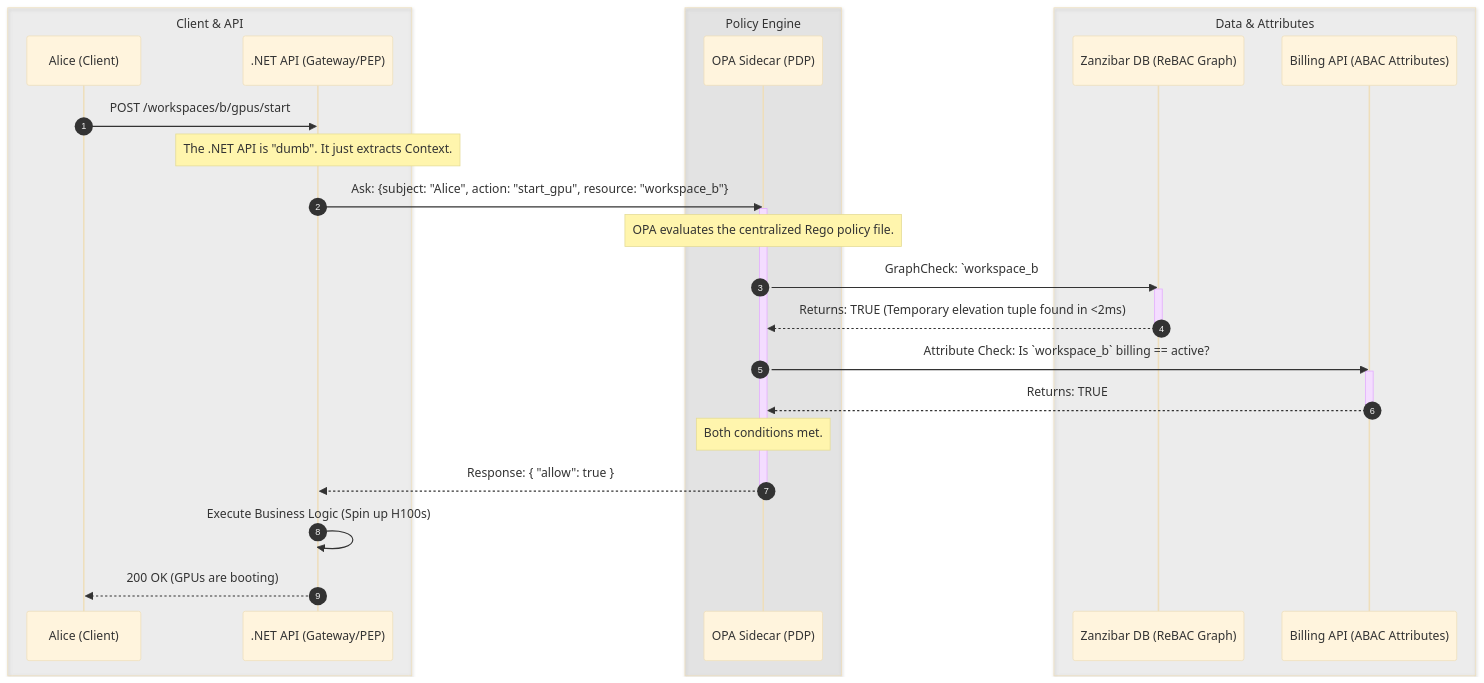
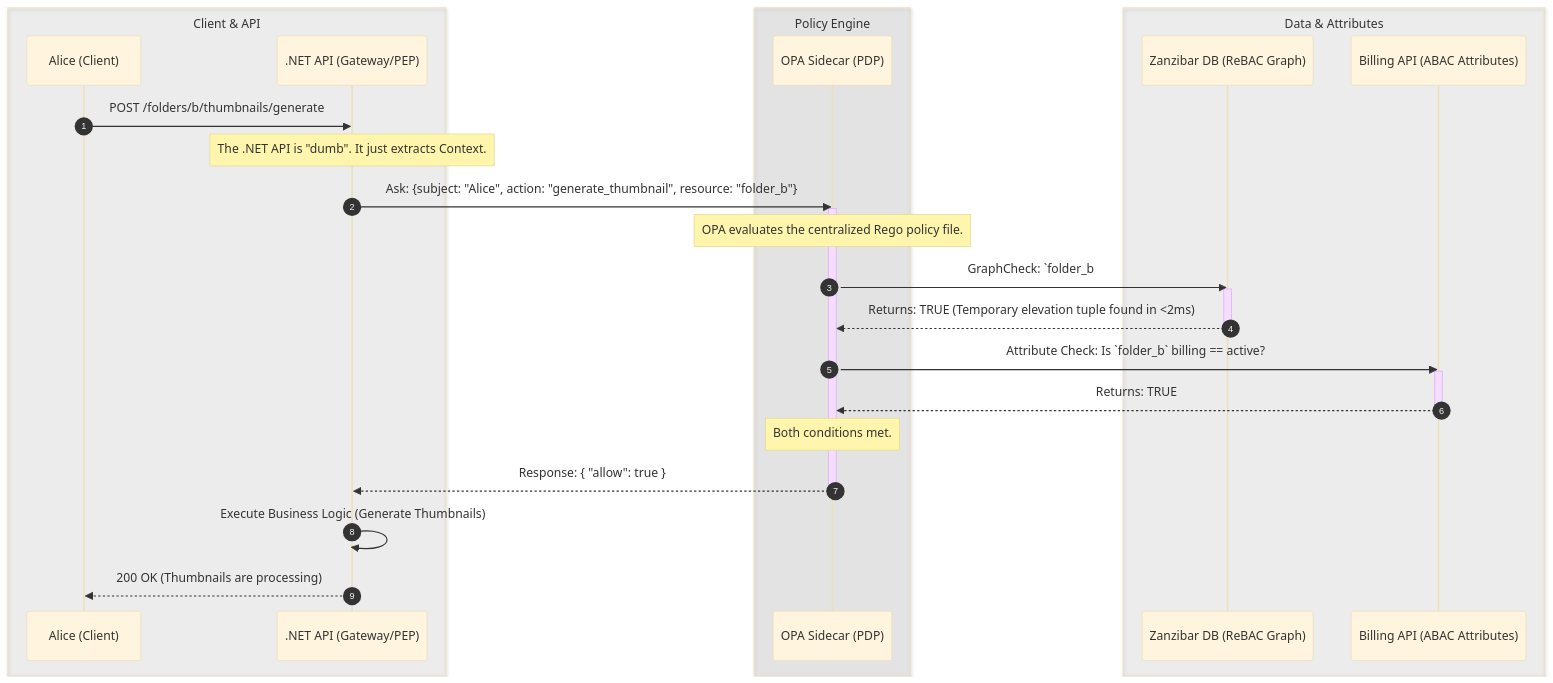
One commit to nirajp82/IdentityAccessManagement_IAM changed the diagram in Quiz/03-Advanced-Authorization-Policy-Engine.md. Above: the diagram before and after it, drawn with Mermaid (base theme). The commit also changed other lines of this file, not shown here.

````diff
--- a/Quiz/03-Advanced-Authorization-Policy-Engine.md
+++ b/Quiz/03-Advanced-Authorization-Policy-Engine.md
@@ -273,43 +284,44 @@
 ```mermaid
 sequenceDiagram
     autonumber
     
     box rgba(128, 128, 128, 0.1) Client & API
         participant Alice as Alice (Client)
         participant API as .NET API (Gateway/PEP)
     end
     box rgba(128, 128, 128, 0.15) Policy Engine
         participant OPA as OPA Sidecar (PDP)
     end
     box rgba(128, 128, 128, 0.1) Data & Attributes
         participant SpiceDB as Zanzibar DB (ReBAC Graph)
         participant Billing as Billing API (ABAC Attributes)
     end
 
-    Alice->>API: POST /workspaces/b/gpus/start
+    Alice->>API: POST /folders/b/thumbnails/generate
     
     Note over API: The .NET API is "dumb". It just extracts Context.
     
-    API->>OPA: Ask: {subject: "Alice", action: "start_gpu", resource: "workspace_b"}
+    API->>OPA: Ask: {subject: "Alice", action: "generate_thumbnail", resource: "folder_b"}
     activate OPA
     
     Note over OPA: OPA evaluates the centralized Rego policy file.
     
-    OPA->>SpiceDB: GraphCheck: `workspace_b#admin@alice` exist?
+    OPA->>SpiceDB: GraphCheck: `folder_b#admin@alice` exist?
     activate SpiceDB
     SpiceDB-->>OPA: Returns: TRUE (Temporary elevation tuple found in <2ms)
     deactivate SpiceDB
     
-    OPA->>Billing: Attribute Check: Is `workspace_b` billing == active?
+    OPA->>Billing: Attribute Check: Is `folder_b` billing == active?
     activate Billing
     Billing-->>OPA: Returns: TRUE
     deactivate Billing
     
     Note over OPA: Both conditions met.
     OPA-->>API: Response: { "allow": true }
     deactivate OPA
     
-    API->>API: Execute Business Logic (Spin up H100s)
-    API-->>Alice: 200 OK (GPUs are booting)
+    API->>API: Execute Business Logic (Generate Thumbnails)
+    API-->>Alice: 200 OK (Thumbnails are processing)
+
 
 ```
````
